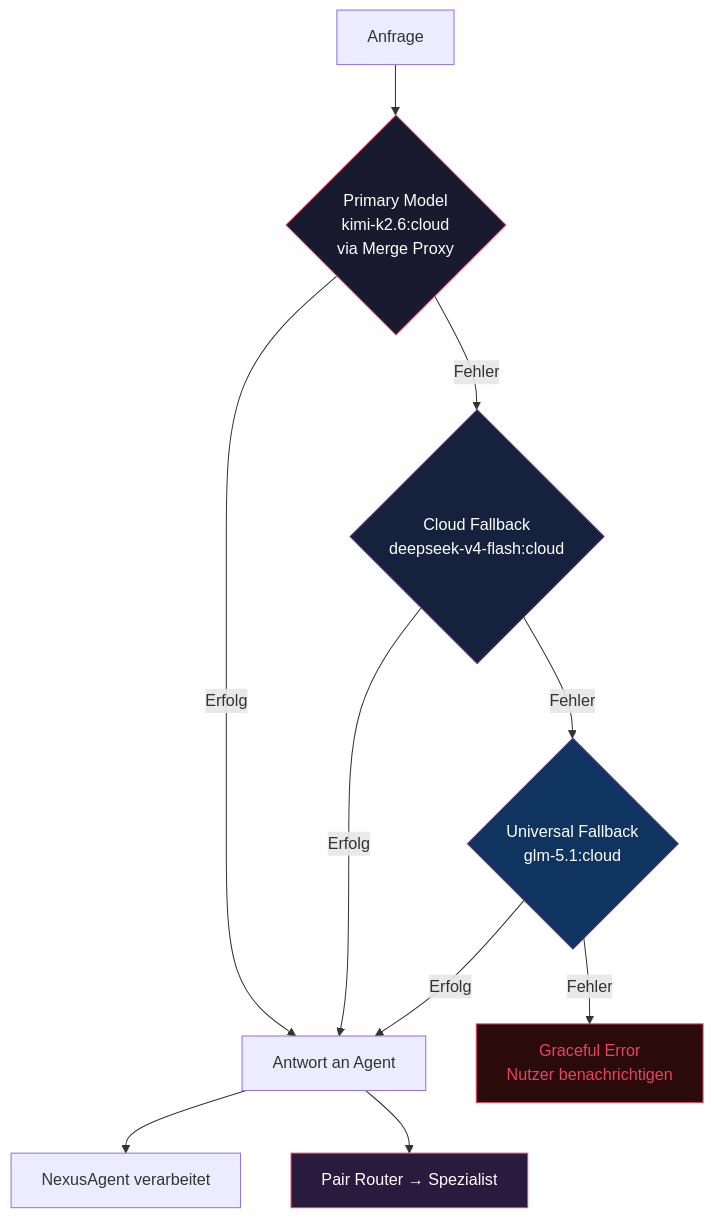
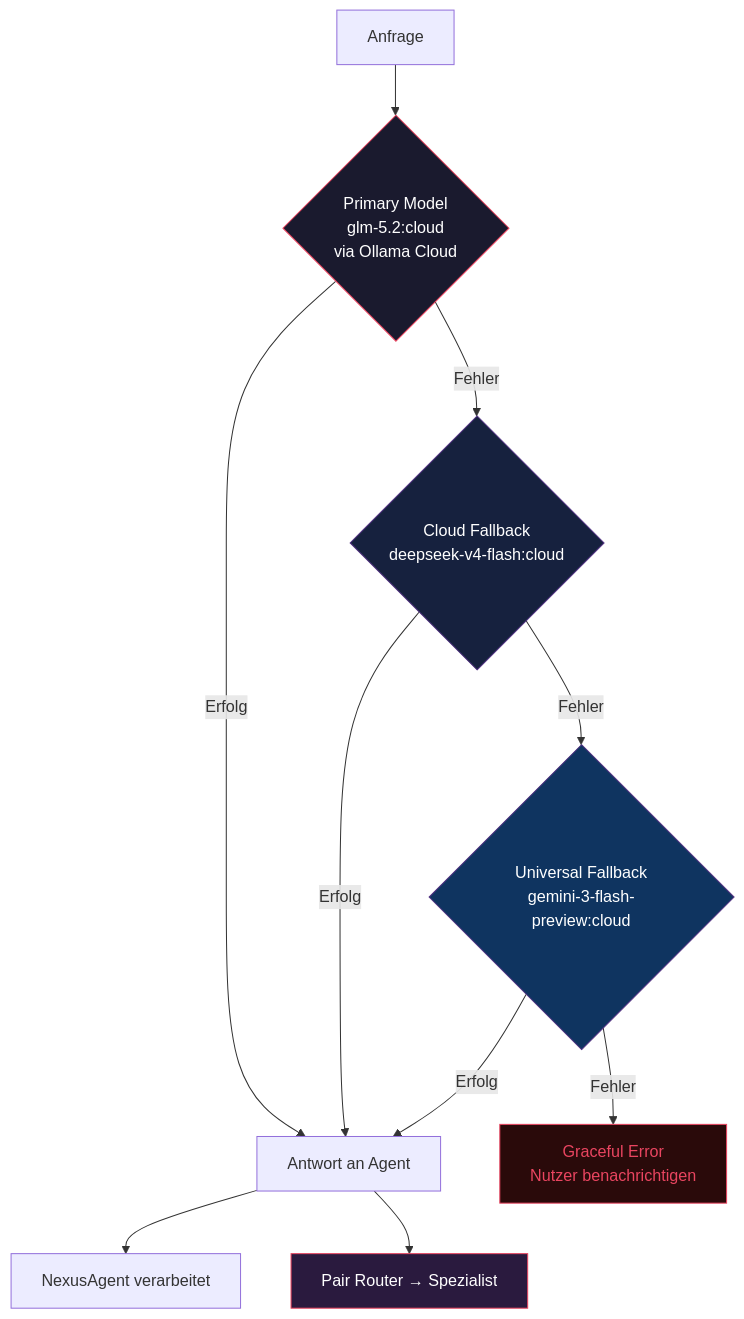
Before and after one commit to TitoPrausee/nexus-toti: the sixth of 9 diagrams in README.md, drawn with Mermaid. The commit also changed other lines of this file and 16 other files, not shown here.

````diff
--- a/README.md
+++ b/README.md
@@ -336,22 +384,22 @@
 ```mermaid
 flowchart TD
-    REQ[Anfrage] --> PRIM{Primary Model<br/>kimi-k2.6:cloud<br/>via Merge Proxy}
+    REQ[Anfrage] --> PRIM{Primary Model<br/>glm-5.2:cloud<br/>via Ollama Cloud}
 
     PRIM -->|Erfolg| RESP[Antwort an Agent]
     PRIM -->|Fehler| CF1{Cloud Fallback<br/>deepseek-v4-flash:cloud}
 
     CF1 -->|Erfolg| RESP
-    CF1 -->|Fehler| CF2{Universal Fallback<br/>glm-5.1:cloud}
+    CF1 -->|Fehler| CF2{Universal Fallback<br/>gemini-3-flash-preview:cloud}
 
     CF2 -->|Erfolg| RESP
     CF2 -->|Fehler| ERR[Graceful Error<br/>Nutzer benachrichtigen]
 
     RESP --> AGENT[NexusAgent verarbeitet]
     RESP --> PAIR[Pair Router → Spezialist]
 
     style PRIM fill:#1a1a2e,stroke:#e94560,color:#fff
     style CF1 fill:#16213e,stroke:#533483,color:#fff
     style CF2 fill:#0f3460,stroke:#533483,color:#fff
     style ERR fill:#2a0a0a,stroke:#e94560,color:#e94560
     style PAIR fill:#2a1a3e,stroke:#e94560,color:#fff
 ```
````
